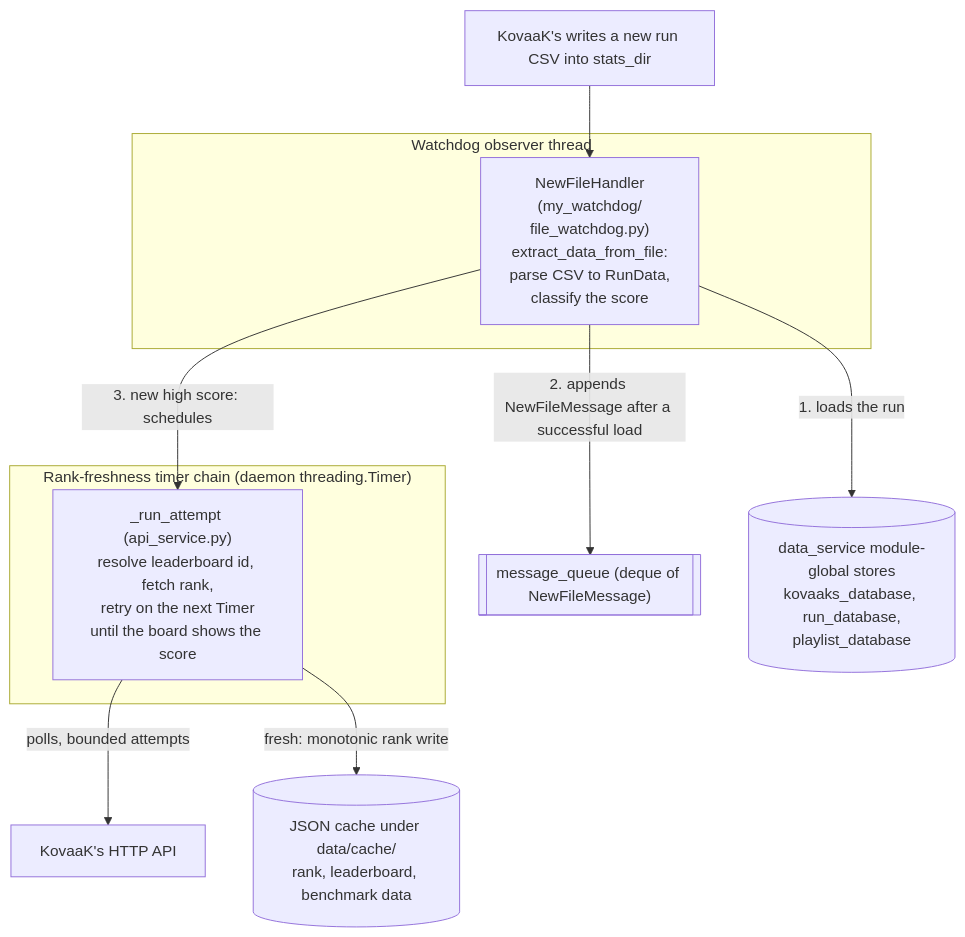
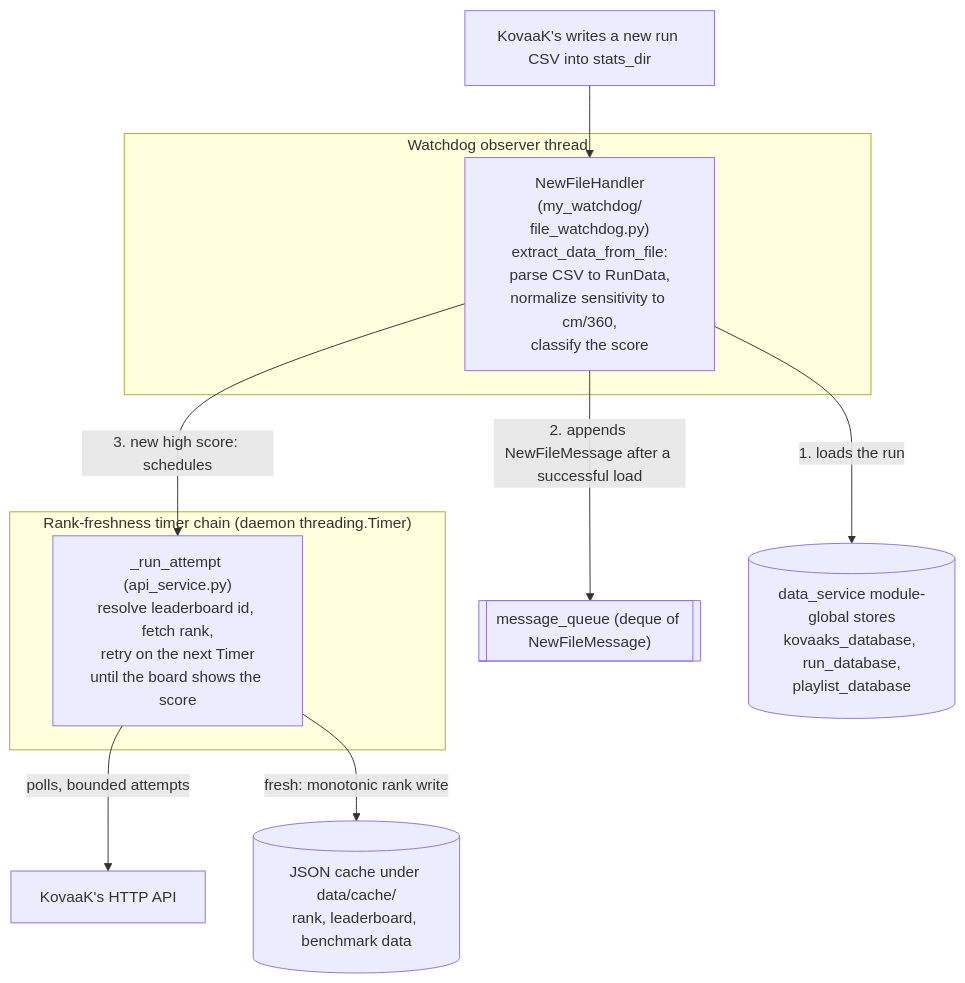
Before and after one commit to MingoDynasty/Corporate-Serf-Dashboard: the first of 3 diagrams in docs/architecture.md, drawn with Mermaid. The commit also changed other lines of this file and 8 other files, not shown here.

````diff
--- a/docs/architecture.md
+++ b/docs/architecture.md
@@ -44,24 +44,24 @@
 ```mermaid
 flowchart TD
     Game["KovaaK's writes a new run CSV into stats_dir"]
 
     subgraph Watchdog["Watchdog observer thread"]
-        Handler["NewFileHandler<br/>(my_watchdog/<br/>file_watchdog.py)<br/>extract_data_from_file:<br/>parse CSV to RunData,<br/>classify the score"]
+        Handler["NewFileHandler<br/>(my_watchdog/<br/>file_watchdog.py)<br/>extract_data_from_file:<br/>parse CSV to RunData,<br/>normalize sensitivity to cm/360,<br/>classify the score"]
     end
 
     subgraph Timers["Rank-freshness timer chain (daemon threading.Timer)"]
         Attempt["_run_attempt (api_service.py)<br/>resolve leaderboard id, fetch rank,<br/>retry on the next Timer<br/>until the board shows the score"]
     end
 
     Queue[["message_queue (deque of NewFileMessage)"]]
     Stores[("data_service module-global stores<br/>kovaaks_database, run_database,<br/>playlist_database")]
     Cache[("JSON cache under data/cache/<br/>rank, leaderboard, benchmark data")]
     API["KovaaK's HTTP API"]
 
     Game --> Handler
     Handler -->|"1. loads the run"| Stores
     Handler -->|"2. appends NewFileMessage after a successful load"| Queue
     Handler -->|"3. new high score: schedules"| Attempt
     Attempt -->|"polls, bounded attempts"| API
     Attempt -->|"fresh: monotonic rank write"| Cache
 ```
````
